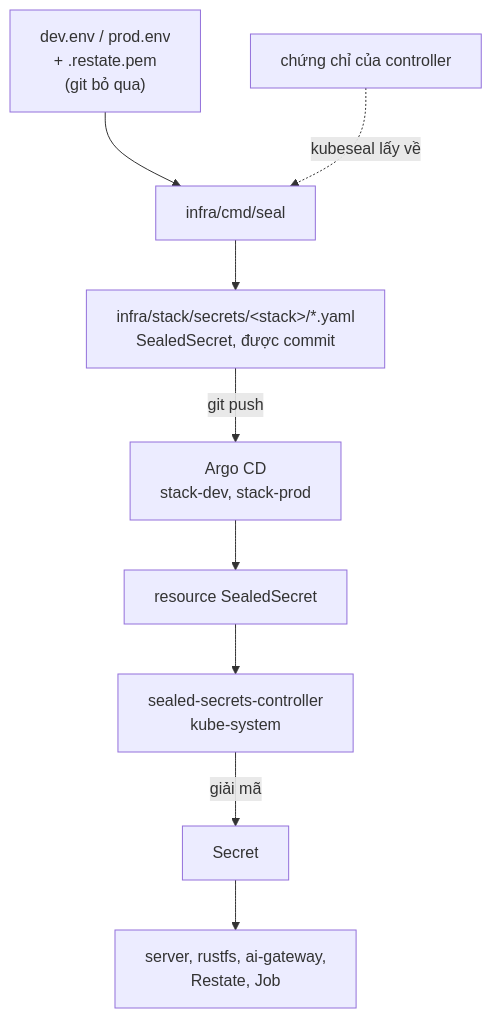
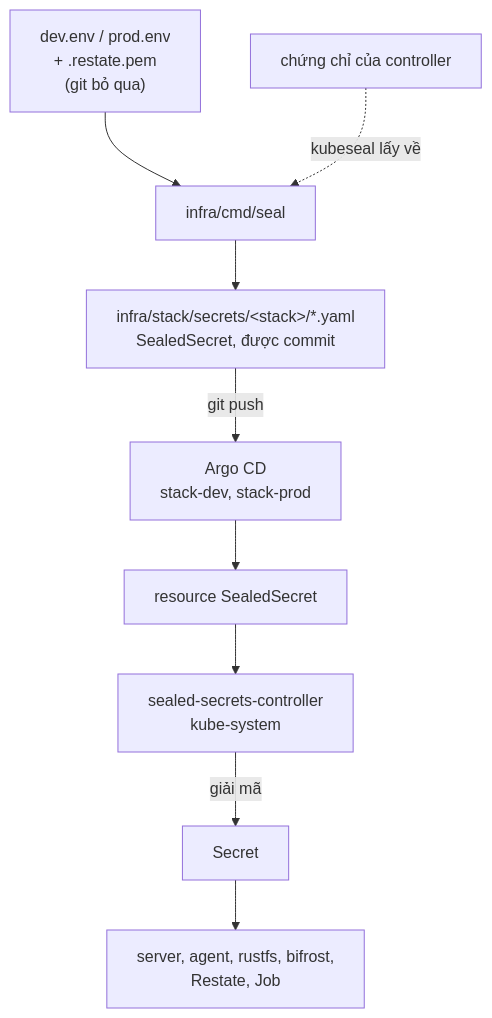
One commit to shopnexus/docs changed the diagram in web/src/content/docs/vi/operations/cluster/secrets.mdx. Above: the diagram before and after it, drawn with Mermaid. The commit also changed other lines of this file and 1 other file, not shown here.

Commit message:
web: secrets pages seal bifrost-secrets and bifrost-db

````diff
--- a/web/src/content/docs/vi/operations/cluster/secrets.mdx
+++ b/web/src/content/docs/vi/operations/cluster/secrets.mdx
@@ -16,11 +16,11 @@
 ```mermaid title="Từ file .env tới pod"
 flowchart TB
   env["dev.env / prod.env<br/>+ .restate.pem<br/>(git bỏ qua)"] --> seal["infra/cmd/seal"]
   cert["chứng chỉ của controller"] -.->|"kubeseal lấy về"| seal
   seal --> yaml["infra/stack/secrets/#lt;stack#gt;/*.yaml<br/>SealedSecret, được commit"]
   yaml -->|"git push"| argo["Argo CD<br/>stack-dev, stack-prod"]
   argo --> ss["resource SealedSecret"]
   ss --> ctrl["sealed-secrets-controller<br/>kube-system"]
   ctrl -->|"giải mã"| sec["Secret"]
-  sec --> pods["server, rustfs, ai-gateway,<br/>Restate, Job"]
+  sec --> pods["server, agent, rustfs, bifrost,<br/>Restate, Job"]
 ```
````
